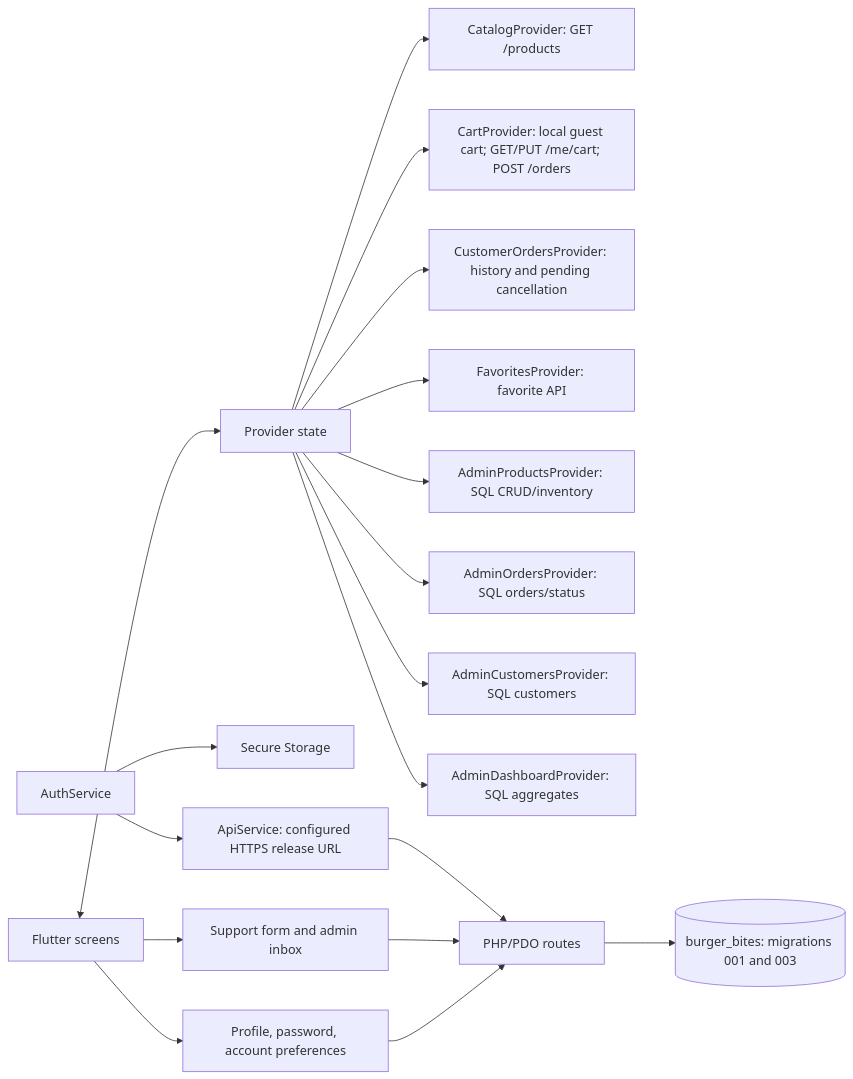
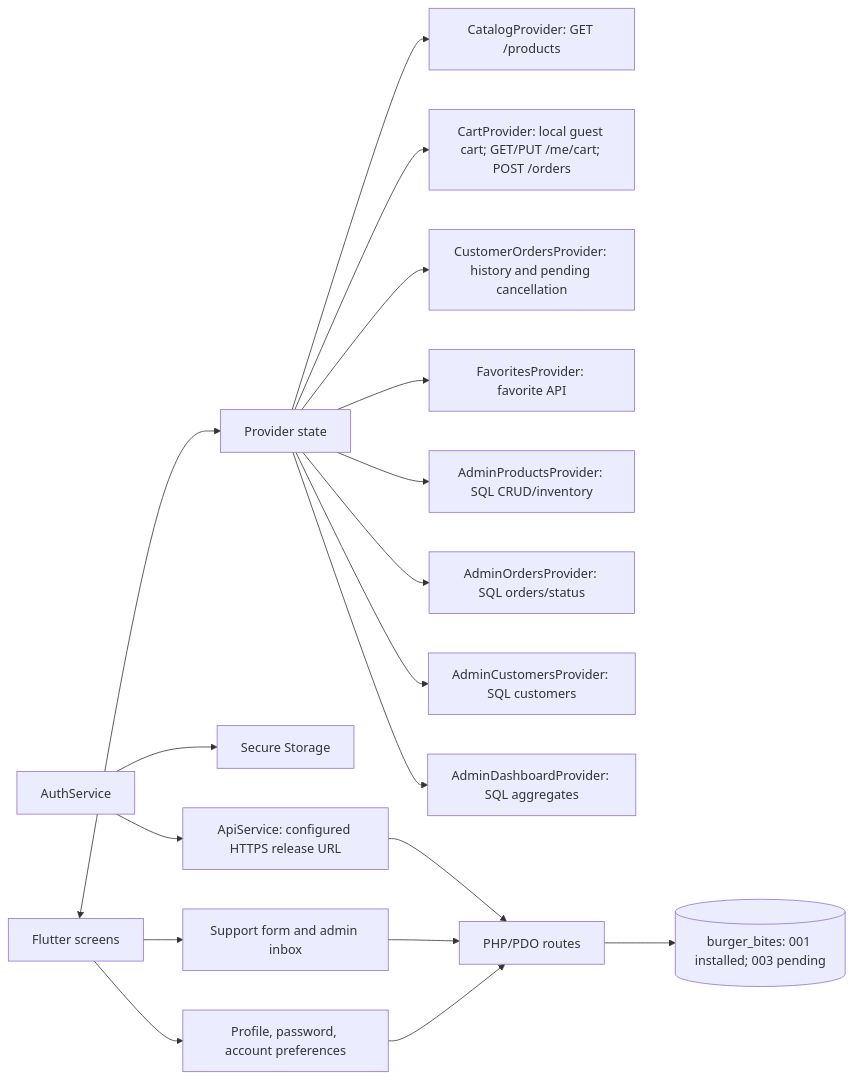
One commit to EARL146/app- changed the fifth of 6 diagrams in docs/SYSTEM_FLOW.md. Above: the diagram before and after it, drawn with Mermaid. The commit also changed other lines of this file and 23 other files, not shown here.

````diff
--- a/docs/SYSTEM_FLOW.md
+++ b/docs/SYSTEM_FLOW.md
@@ -107,20 +122,20 @@
 ```mermaid
 flowchart LR
     UI[Flutter screens] <--> P[Provider state]
     P --> CAT[CatalogProvider: GET /products]
     P --> CART[CartProvider: local guest cart; GET/PUT /me/cart; POST /orders]
     P --> ORD[CustomerOrdersProvider: history and pending cancellation]
     P --> FAV[FavoritesProvider: favorite API]
     P --> AP[AdminProductsProvider: SQL CRUD/inventory]
     P --> AO[AdminOrdersProvider: SQL orders/status]
     P --> AC[AdminCustomersProvider: SQL customers]
     P --> DASH[AdminDashboardProvider: SQL aggregates]
     AUTH[AuthService] --> STORE[Secure Storage]
     AUTH --> API[ApiService: configured HTTPS release URL]
     API --> PHP[PHP/PDO routes]
-    PHP --> DB[(burger_bites: migrations 001 and 003)]
+    PHP --> DB[(burger_bites: 001 installed; 003 pending)]
     UI --> SUPPORT[Support form and admin inbox]
     UI --> PREFS[Profile, password, account preferences]
     SUPPORT --> PHP
     PREFS --> PHP
 ```
````
